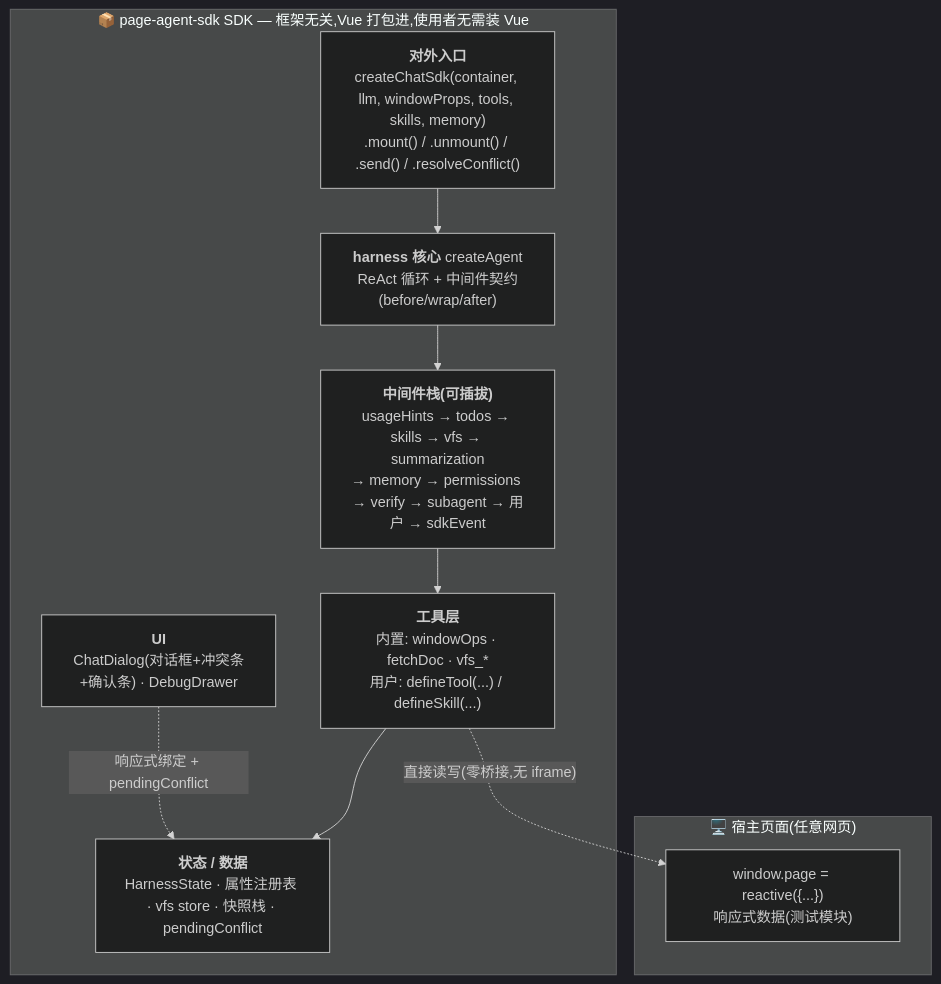
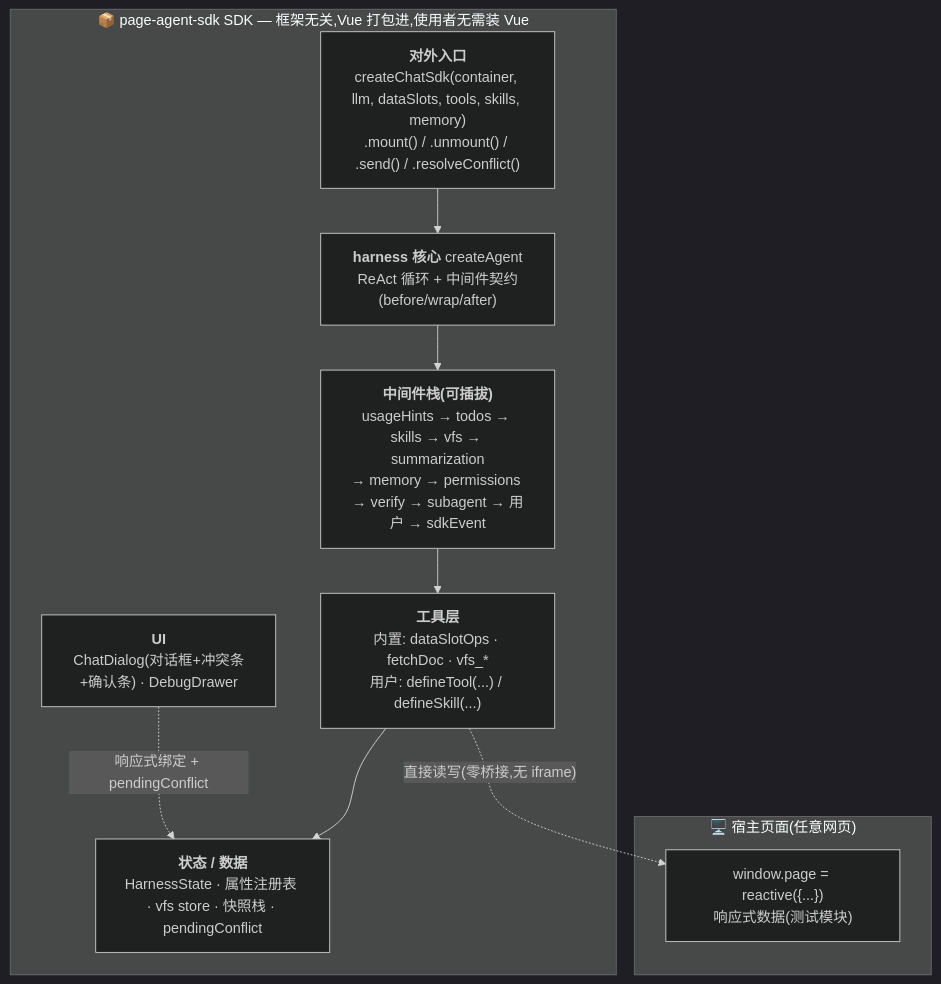
One commit to whyymj/chat-sdk changed the first of 6 diagrams in doc/architecture.md. Above: the diagram before and after it, drawn with Mermaid (dark theme). The commit also changed other lines of this file and 88 other files, not shown here.

````diff
--- a/doc/architecture.md
+++ b/doc/architecture.md
@@ -12,18 +12,18 @@
 ```mermaid
 flowchart TD
   subgraph Host["🖥️ 宿主页面(任意网页)"]
     WP["window.page = reactive({...})<br/>响应式数据(测试模块)"]
   end
 
   subgraph SDK["📦 page-agent-sdk SDK — 框架无关,Vue 打包进,使用者无需装 Vue"]
-    Entry["<b>对外入口</b><br/>createChatSdk(container, llm, windowProps, tools, skills, memory)<br/>.mount() / .unmount() / .send() / .resolveConflict()"]
+    Entry["<b>对外入口</b><br/>createChatSdk(container, llm, dataSlots, tools, skills, memory)<br/>.mount() / .unmount() / .send() / .resolveConflict()"]
     Core["<b>harness 核心</b> createAgent<br/>ReAct 循环 + 中间件契约(before/wrap/after)"]
     MW["<b>中间件栈(可插拔)</b><br/>usageHints → todos → skills → vfs → summarization<br/>→ memory → permissions → verify → subagent → 用户 → sdkEvent"]
-    Tools["<b>工具层</b><br/>内置: windowOps · fetchDoc · vfs_*<br/>用户: defineTool(...) / defineSkill(...)"]
+    Tools["<b>工具层</b><br/>内置: dataSlotOps · fetchDoc · vfs_*<br/>用户: defineTool(...) / defineSkill(...)"]
     State["<b>状态 / 数据</b><br/>HarnessState · 属性注册表 · vfs store · 快照栈 · pendingConflict"]
     UI["<b>UI</b><br/>ChatDialog(对话框+冲突条+确认条) · DebugDrawer"]
     Entry --> Core --> MW --> Tools --> State
     Tools -. "直接读写(零桥接,无 iframe)" .-> WP
     UI -. "响应式绑定 + pendingConflict" .-> State
   end
 ```
````
